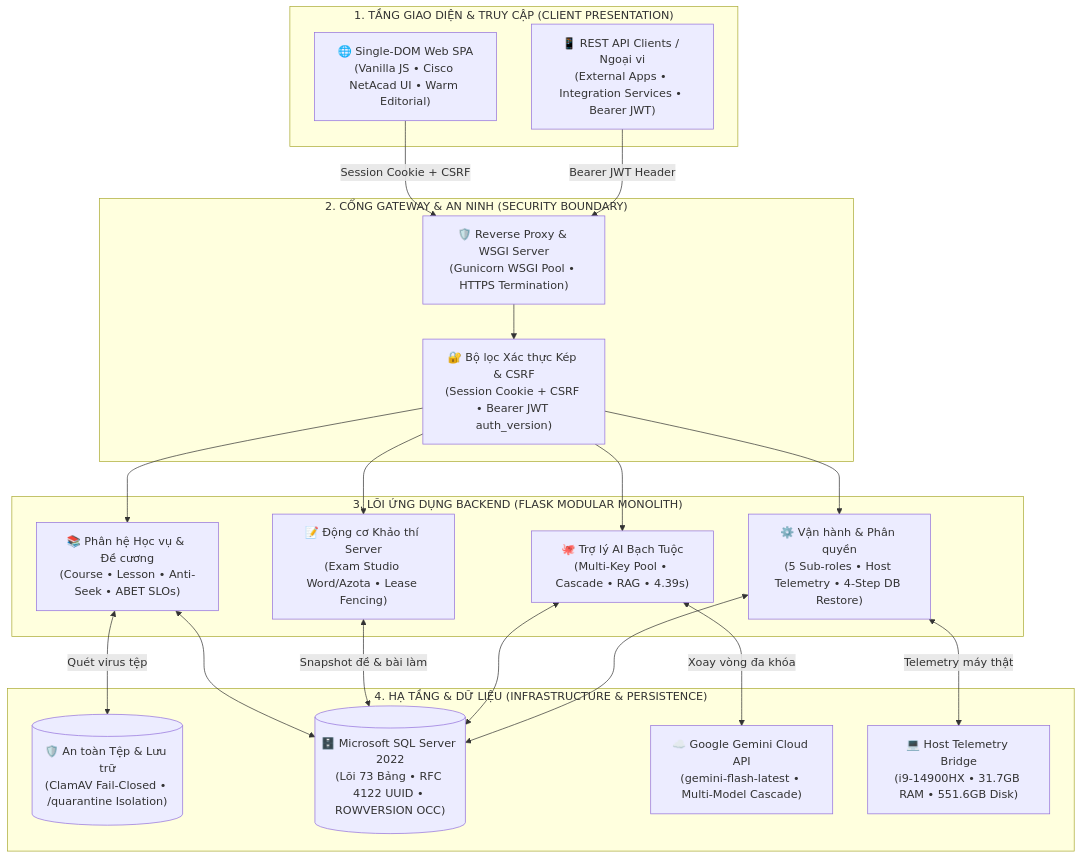
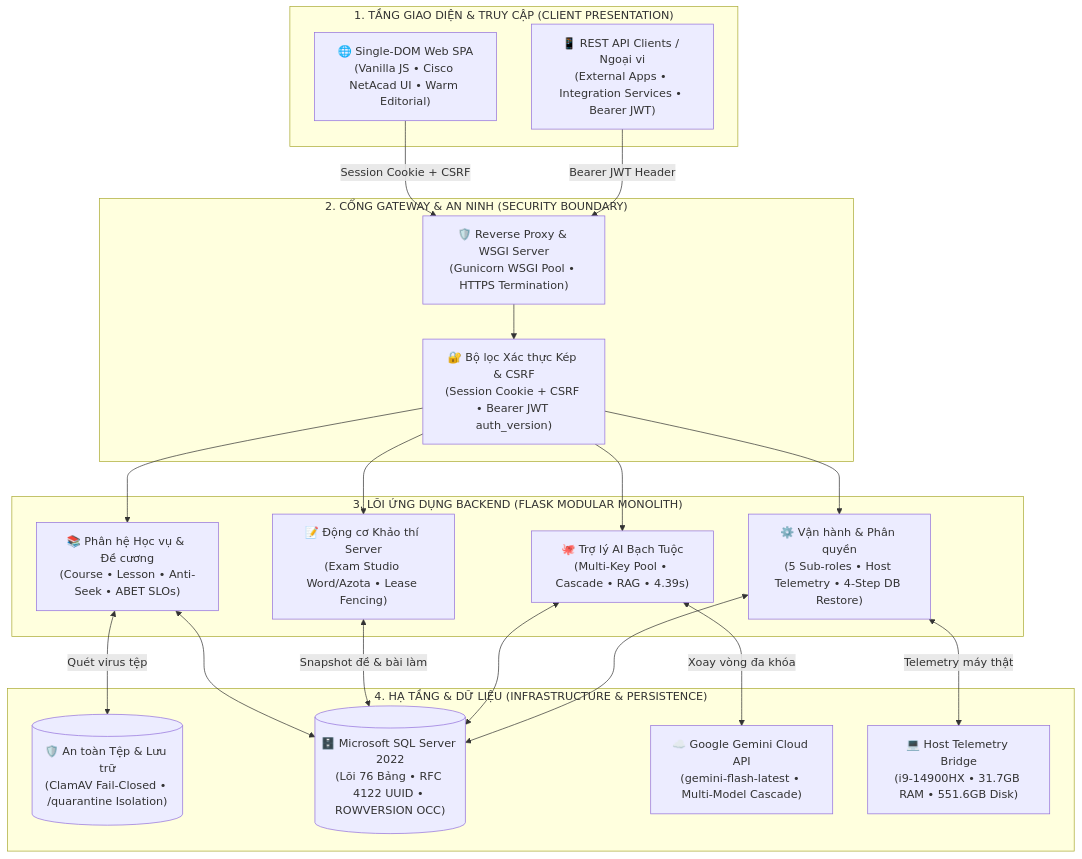
One commit to concatapchay123/PWD301 changed the first of 4 diagrams in README.md. Above: the diagram before and after it, drawn with Mermaid. The commit also changed other lines of this file and 154 other files, not shown here.

````diff
--- a/README.md
+++ b/README.md
@@ -44,47 +47,47 @@
 ```mermaid
 flowchart TD
     %% TẦNG 1: GIAO DIỆN CLIENT
     subgraph TierClient ["  1. TẦNG GIAO DIỆN & TRUY CẬP (CLIENT PRESENTATION)  "]
         SPA["🌐 Single-DOM Web SPA\n(Vanilla JS • Cisco NetAcad UI • Warm Editorial)"]
         API_CLIENT["📱 REST API Clients / Ngoại vi\n(External Apps • Integration Services • Bearer JWT)"]
     end
 
     %% TẦNG 2: CỔNG & AN NINH
     subgraph TierGateway ["  2. CỔNG GATEWAY & AN NINH (SECURITY BOUNDARY)  "]
         PROXY["🛡️ Reverse Proxy & WSGI Server\n(Gunicorn WSGI Pool • HTTPS Termination)"]
         AUTH_GATE["🔐 Bộ lọc Xác thực Kép & CSRF\n(Session Cookie + CSRF • Bearer JWT auth_version)"]
     end
 
     %% TẦNG 3: LÕI BACKEND MODULAR MONOLITH
     subgraph TierBackend ["  3. LÕI ỨNG DỤNG BACKEND (FLASK MODULAR MONOLITH)  "]
         SVC_LMS["📚 Phân hệ Học vụ & Đề cương\n(Course • Lesson • Anti-Seek • ABET SLOs)"]
         SVC_EXAM["📝 Động cơ Khảo thí Server\n(Exam Studio Word/Azota • Lease Fencing)"]
         SVC_AI["🐙 Trợ lý AI Bạch Tuộc\n(Multi-Key Pool • Cascade • RAG • 4.39s)"]
         SVC_OPS["⚙️ Vận hành & Phân quyền\n(5 Sub-roles • Host Telemetry • 4-Step DB Restore)"]
     end
 
     %% TẦNG 4: HẠ TẦNG & DỮ LIỆU CHUẨN
     subgraph TierInfra ["  4. HẠ TẦNG & DỮ LIỆU (INFRASTRUCTURE & PERSISTENCE)  "]
         STORE_FILE[("🛡️ An toàn Tệp & Lưu trữ\n(ClamAV Fail-Closed • /quarantine Isolation)")]
-        STORE_DB[("🗄️ Microsoft SQL Server 2022\n(Lõi 73 Bảng • RFC 4122 UUID • ROWVERSION OCC)")]
+        STORE_DB[("🗄️ Microsoft SQL Server 2022\n(Lõi 76 Bảng • RFC 4122 UUID • ROWVERSION OCC)")]
         STORE_AI["☁️ Google Gemini Cloud API\n(gemini-flash-latest • Multi-Model Cascade)"]
         STORE_HOST["💻 Host Telemetry Bridge\n(i9-14900HX • 31.7GB RAM • 551.6GB Disk)"]
     end
 
     SPA -->|Session Cookie + CSRF| PROXY
     API_CLIENT -->|Bearer JWT Header| PROXY
     PROXY --> AUTH_GATE
 
     AUTH_GATE --> SVC_LMS
     AUTH_GATE --> SVC_EXAM
     AUTH_GATE --> SVC_AI
     AUTH_GATE --> SVC_OPS
 
     SVC_LMS <-->|Quét virus tệp| STORE_FILE
     SVC_LMS <--> STORE_DB
     SVC_EXAM <-->|Snapshot đề & bài làm| STORE_DB
     SVC_AI <--> STORE_DB
     SVC_AI <-->|Xoay vòng đa khóa| STORE_AI
     SVC_OPS <--> STORE_DB
     SVC_OPS <-->|Telemetry máy thật| STORE_HOST
 ```
````
